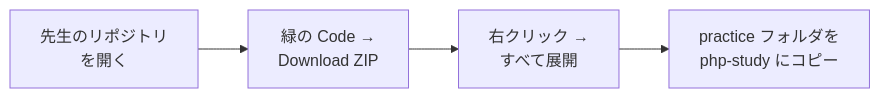
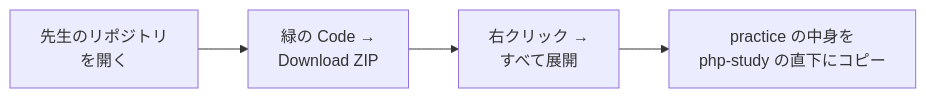
The third of 4 diagrams in docs/1年生_データ設計とアプリ開発/後期/20261008/20261008_資料_2.md (hakobunet/iica-koyama), drawn with Mermaid before and after one commit. The commit also changed other lines of this file and 6 other files, not shown here.

Commit message:
docs: 練習環境を practice フォルダではなく php-study 直下に置く手順に修正

````diff
--- a/docs/1年生_データ設計とアプリ開発/後期/20261008/20261008_資料_2.md
+++ b/docs/1年生_データ設計とアプリ開発/後期/20261008/20261008_資料_2.md
@@ -53,5 +53,5 @@
 ```mermaid
 graph LR
     A[先生のリポジトリ<br>を開く] --> B[緑の Code →<br>Download ZIP] --> C[右クリック →<br>すべて展開]
-    C --> D[practice フォルダを<br>php-study にコピー]
+    C --> D[practice の中身を<br>php-study の直下にコピー]
 ```
````
